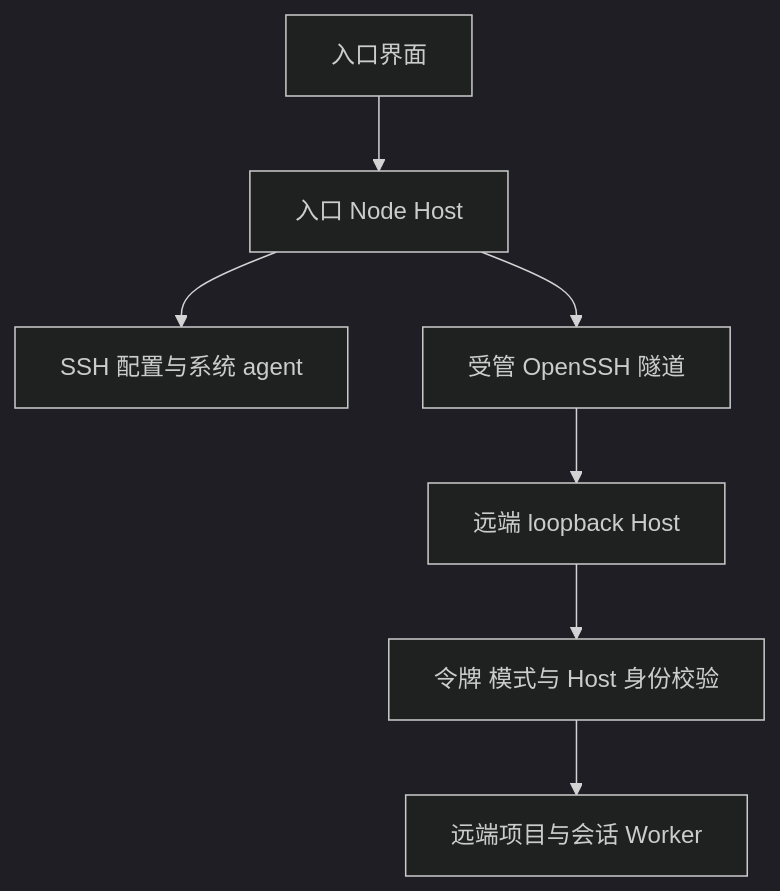
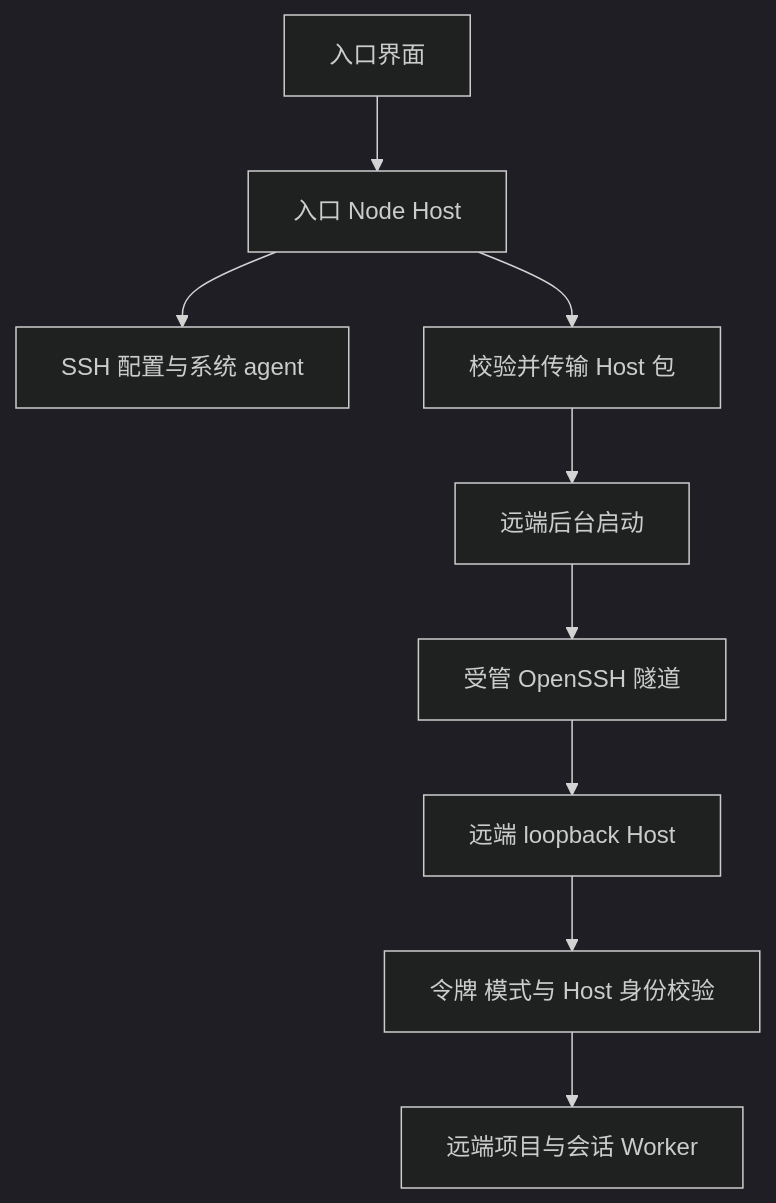
Before and after one commit to xidongdong-153/Pi-meme: the first of 2 diagrams in docs/remote.md, drawn with Mermaid. The commit also changed other lines of this file and 35 other files, not shown here.

Commit message:
feat(remote): 简化 SSH 配置并自动部署远程 Host

````diff
--- a/docs/remote.md
+++ b/docs/remote.md
@@ -122,10 +115,12 @@
 ```mermaid
 %%{init: {"theme": "dark"}}%%
 flowchart TD
   UI[入口界面] --> Entry[入口 Node Host]
   Entry --> Config[SSH 配置与系统 agent]
-  Entry --> Tunnel[受管 OpenSSH 隧道]
+  Entry --> Prepare[校验并传输 Host 包]
+  Prepare --> Bootstrap[远端后台启动]
+  Bootstrap --> Tunnel[受管 OpenSSH 隧道]
   Tunnel --> Remote[远端 loopback Host]
   Remote --> Auth[令牌 模式与 Host 身份校验]
   Auth --> Session[远端项目与会话 Worker]
 ```
````
